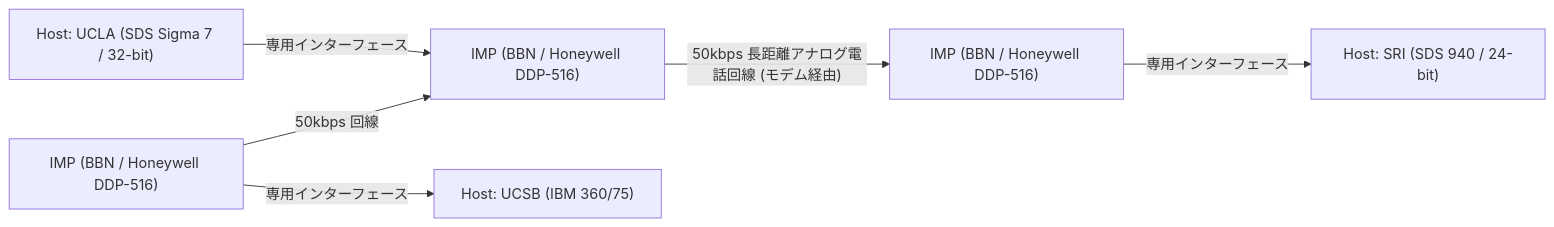
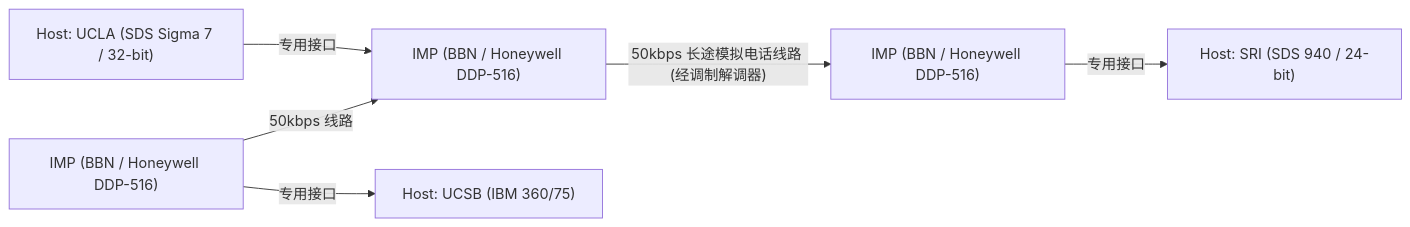
One commit to kenjinote/blog changed the second of 18 diagrams in content/post/how-the-internet-works-comprehensive-guide/index.zh-cn.md. Above: the diagram before and after it, drawn with Mermaid. The commit also changed other lines of this file, not shown here.

````diff
--- a/content/post/how-the-internet-works-comprehensive-guide/index.zh-cn.md
+++ b/content/post/how-the-internet-works-comprehensive-guide/index.zh-cn.md
@@ -55,8 +55,8 @@
 ```mermaid
 graph LR
-    HOST_A["Host: UCLA (SDS Sigma 7 / 32-bit)"] -- "専用インターフェース" --> IMP_A["IMP (BBN / Honeywell DDP-516)"]
-    IMP_A -- "50kbps 長距離アナログ電話回線 (モデム経由)" --> IMP_B["IMP (BBN / Honeywell DDP-516)"]
-    IMP_B -- "専用インターフェース" --> HOST_B["Host: SRI (SDS 940 / 24-bit)"]
-    IMP_C["IMP (BBN / Honeywell DDP-516)"] -- "50kbps 回線" --> IMP_A
-    IMP_C -- "専用インターフェース" --> HOST_C["Host: UCSB (IBM 360/75)"]
+    HOST_A["Host: UCLA (SDS Sigma 7 / 32-bit)"] -- "专用接口" --> IMP_A["IMP (BBN / Honeywell DDP-516)"]
+    IMP_A -- "50kbps 长途模拟电话线路 (经调制解调器)" --> IMP_B["IMP (BBN / Honeywell DDP-516)"]
+    IMP_B -- "专用接口" --> HOST_B["Host: SRI (SDS 940 / 24-bit)"]
+    IMP_C["IMP (BBN / Honeywell DDP-516)"] -- "50kbps 线路" --> IMP_A
+    IMP_C -- "专用接口" --> HOST_C["Host: UCSB (IBM 360/75)"]
 ```
````
